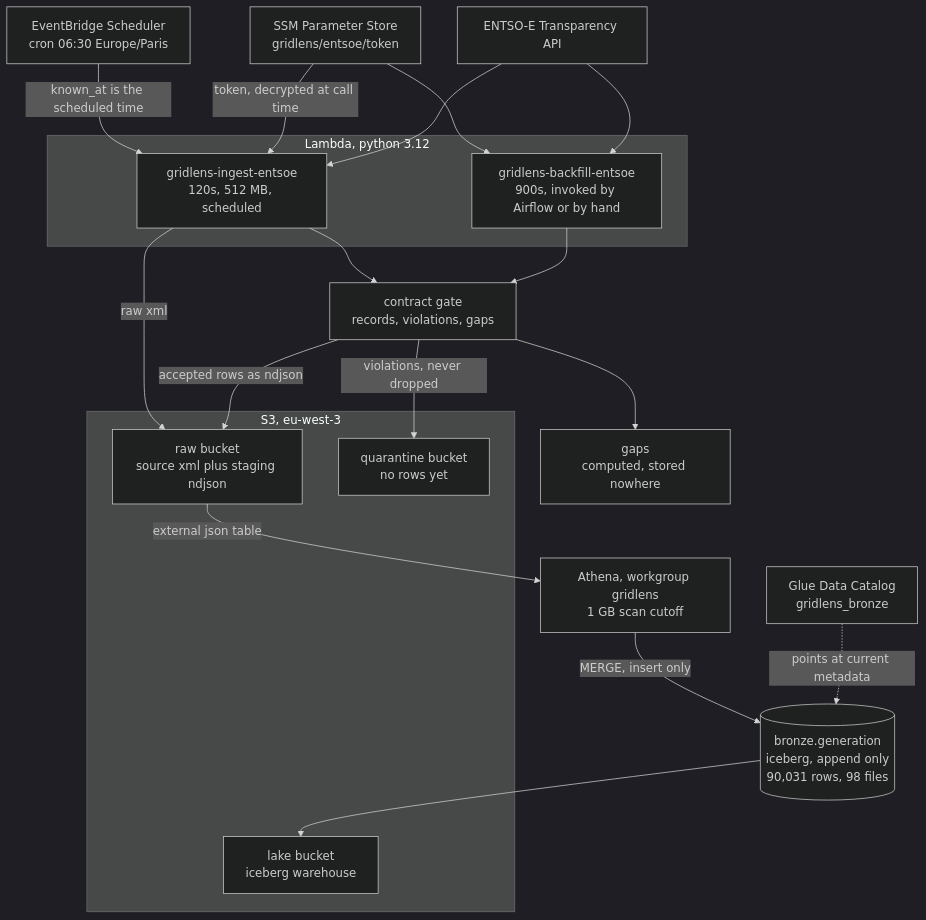
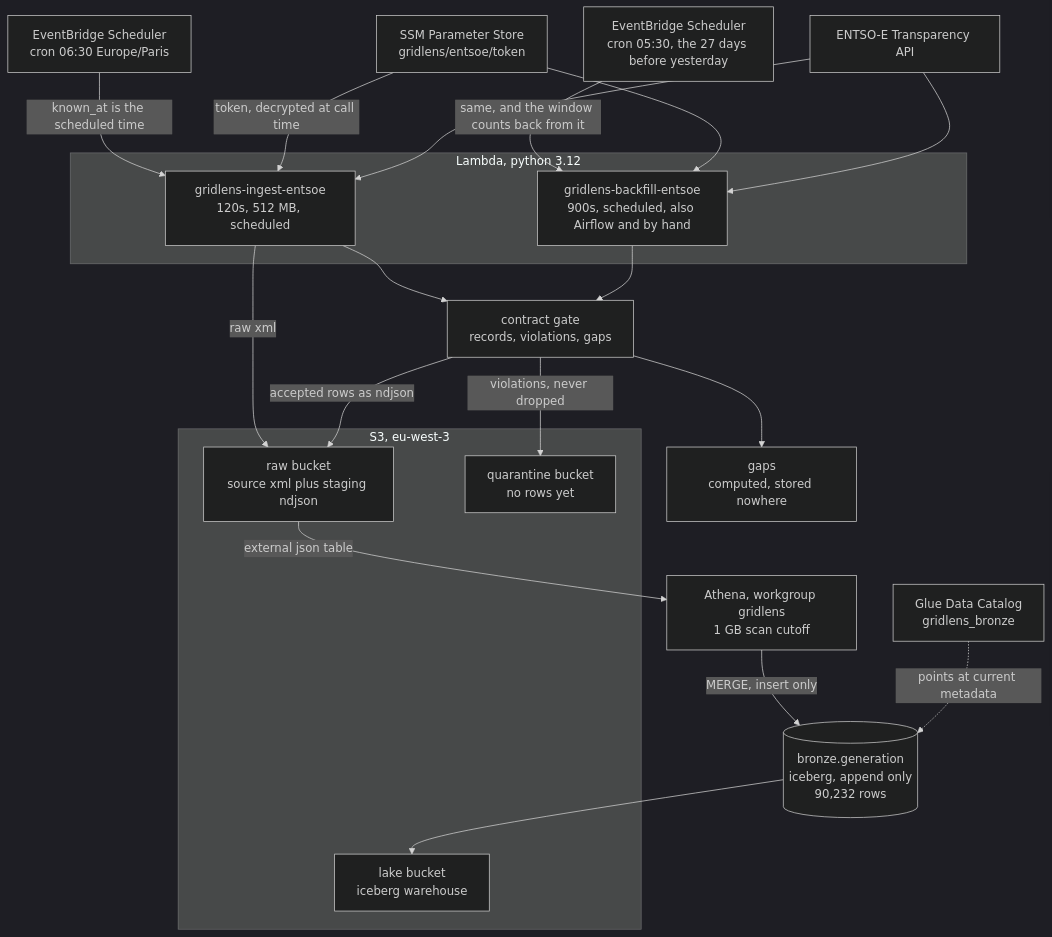
One commit to Prasanna38430/gridlens changed the first of 3 diagrams in docs/architecture.md. Above: the diagram before and after it, drawn with Mermaid (dark theme). The commit also changed other lines of this file and 8 other files, not shown here.

````diff
--- a/docs/architecture.md
+++ b/docs/architecture.md
@@ -10,40 +10,42 @@
 ```mermaid
 flowchart TD
     entsoe["ENTSO-E Transparency API"]
     ssm["SSM Parameter Store<br/>gridlens/entsoe/token"]
     sched["EventBridge Scheduler<br/>cron 06:30 Europe/Paris"]
+    refetch["EventBridge Scheduler<br/>cron 05:30, the 27 days before yesterday"]
 
     subgraph lambda["Lambda, python 3.12"]
         ingest["gridlens-ingest-entsoe<br/>120s, 512 MB, scheduled"]
-        backfill["gridlens-backfill-entsoe<br/>900s, invoked by Airflow or by hand"]
+        backfill["gridlens-backfill-entsoe<br/>900s, scheduled, also Airflow and by hand"]
     end
 
     gate["contract gate<br/>records, violations, gaps"]
     gaps["gaps<br/>computed, stored nowhere"]
 
     subgraph s3["S3, eu-west-3"]
         raw["raw bucket<br/>source xml plus staging ndjson"]
         quarantine["quarantine bucket<br/>no rows yet"]
         lake["lake bucket<br/>iceberg warehouse"]
     end
 
     athena["Athena, workgroup gridlens<br/>1 GB scan cutoff"]
     glue["Glue Data Catalog<br/>gridlens_bronze"]
-    bronze[("bronze.generation<br/>iceberg, append only<br/>90,031 rows, 98 files")]
+    bronze[("bronze.generation<br/>iceberg, append only<br/>90,232 rows")]
 
     sched -->|"known_at is the scheduled time"| ingest
+    refetch -->|"same, and the window counts back from it"| backfill
     ssm -->|"token, decrypted at call time"| ingest
     ssm --> backfill
     entsoe --> ingest
     entsoe --> backfill
     ingest -->|"raw xml"| raw
     ingest --> gate
     backfill --> gate
     gate -->|"violations, never dropped"| quarantine
     gate --> gaps
     gate -->|"accepted rows as ndjson"| raw
     raw -->|"external json table"| athena
     athena -->|"MERGE, insert only"| bronze
     bronze --> lake
     glue -.->|"points at current metadata"| bronze
 ```
````
